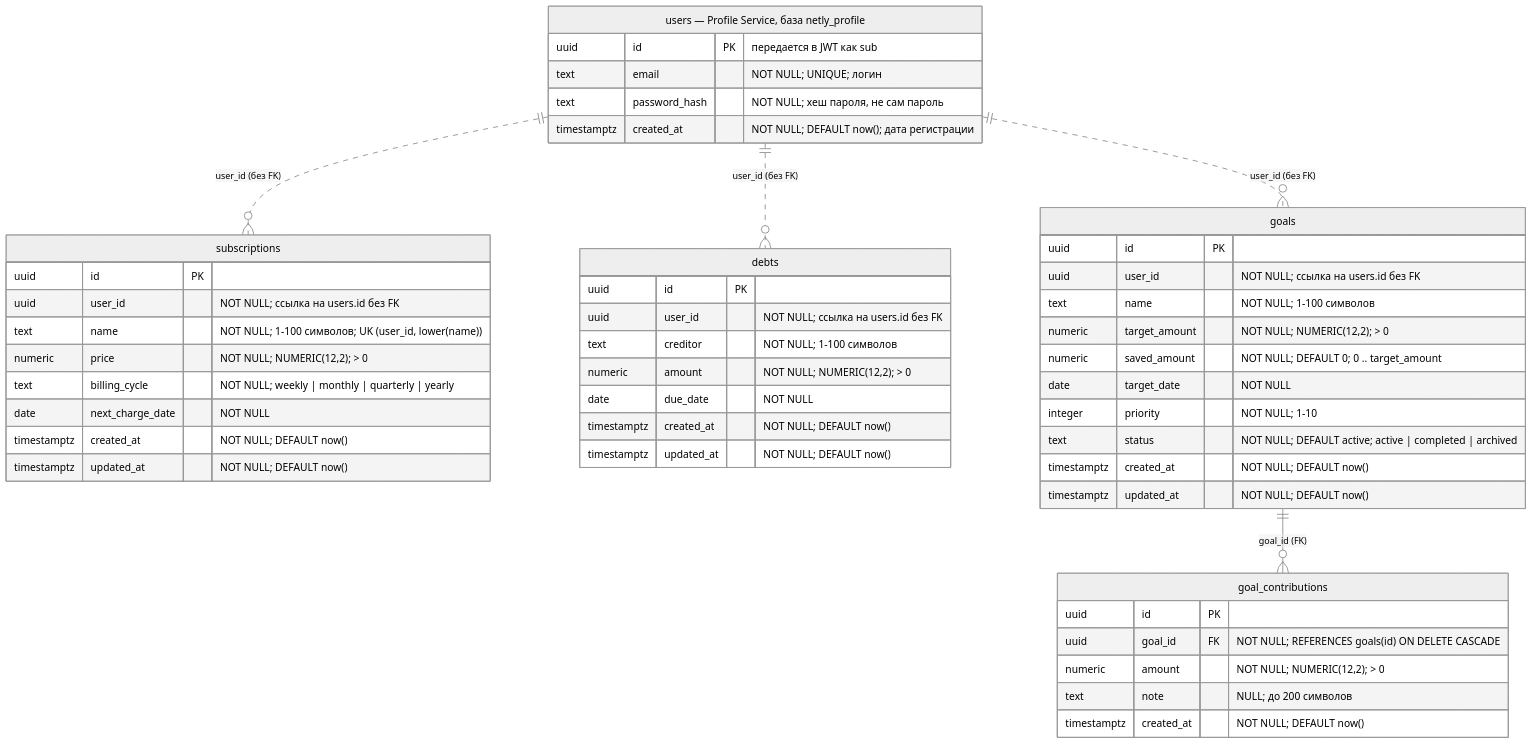
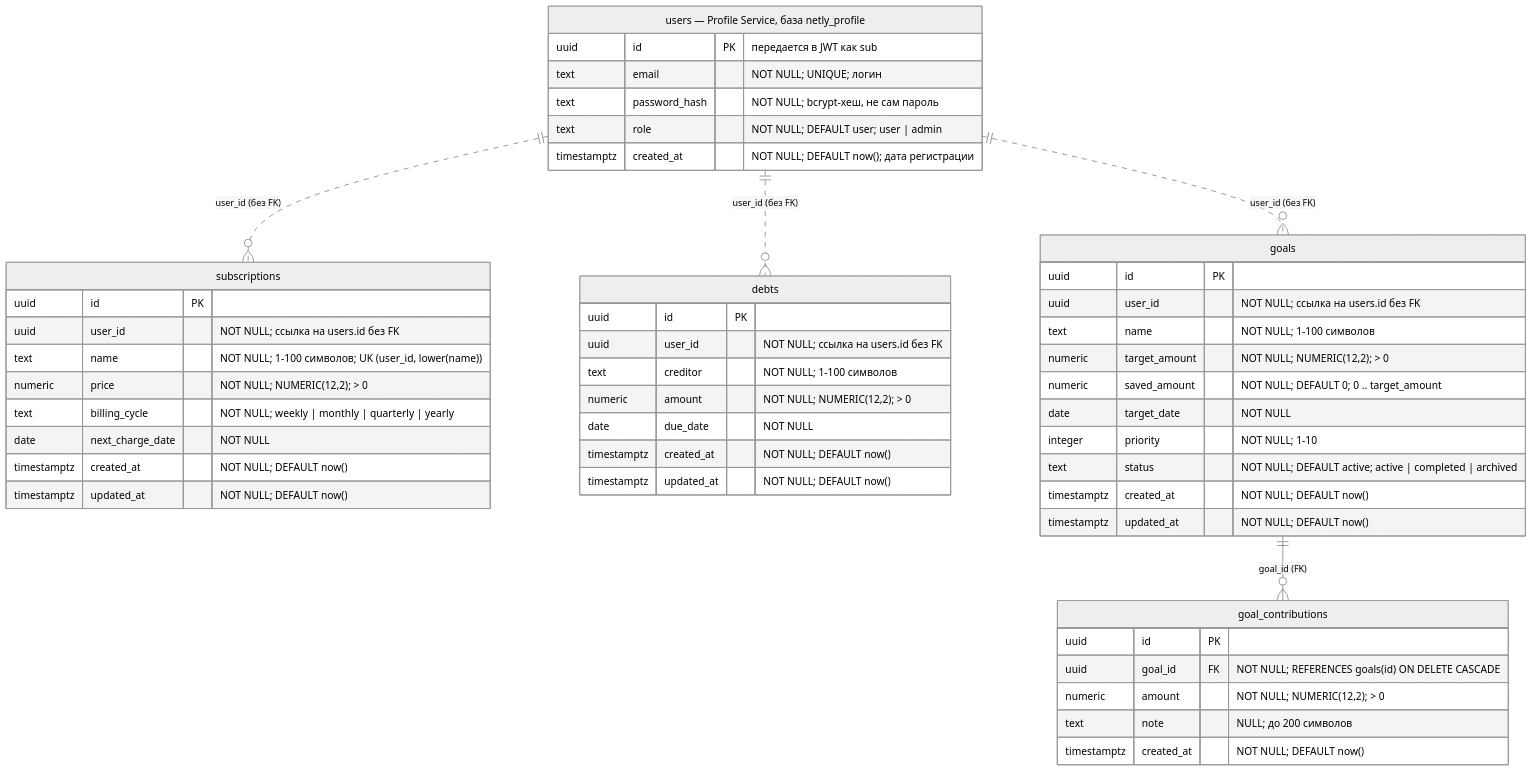
Before and after one commit to albtugel/Netly: the diagram in docs/database.md, drawn with Mermaid (neutral theme). The commit also changed other lines of this file and 4 other files, not shown here.

````diff
--- a/docs/database.md
+++ b/docs/database.md
@@ -11,56 +11,57 @@
 ```mermaid
 erDiagram
     users ||..o{ subscriptions : "user_id (без FK)"
     users ||..o{ debts : "user_id (без FK)"
     users ||..o{ goals : "user_id (без FK)"
     goals ||--o{ goal_contributions : "goal_id (FK)"
 
     users["users — Profile Service, база netly_profile"] {
         uuid id PK "передается в JWT как sub"
         text email "NOT NULL; UNIQUE; логин"
-        text password_hash "NOT NULL; хеш пароля, не сам пароль"
+        text password_hash "NOT NULL; bcrypt-хеш, не сам пароль"
+        text role "NOT NULL; DEFAULT user; user | admin"
         timestamptz created_at "NOT NULL; DEFAULT now(); дата регистрации"
     }
 
     subscriptions {
         uuid id PK
         uuid user_id "NOT NULL; ссылка на users.id без FK"
         text name "NOT NULL; 1-100 символов; UK (user_id, lower(name))"
         numeric price "NOT NULL; NUMERIC(12,2); > 0"
         text billing_cycle "NOT NULL; weekly | monthly | quarterly | yearly"
         date next_charge_date "NOT NULL"
         timestamptz created_at "NOT NULL; DEFAULT now()"
         timestamptz updated_at "NOT NULL; DEFAULT now()"
     }
 
     debts {
         uuid id PK
         uuid user_id "NOT NULL; ссылка на users.id без FK"
         text creditor "NOT NULL; 1-100 символов"
         numeric amount "NOT NULL; NUMERIC(12,2); > 0"
         date due_date "NOT NULL"
         timestamptz created_at "NOT NULL; DEFAULT now()"
         timestamptz updated_at "NOT NULL; DEFAULT now()"
     }
 
     goals {
         uuid id PK
         uuid user_id "NOT NULL; ссылка на users.id без FK"
         text name "NOT NULL; 1-100 символов"
         numeric target_amount "NOT NULL; NUMERIC(12,2); > 0"
         numeric saved_amount "NOT NULL; DEFAULT 0; 0 .. target_amount"
         date target_date "NOT NULL"
         integer priority "NOT NULL; 1-10"
         text status "NOT NULL; DEFAULT active; active | completed | archived"
         timestamptz created_at "NOT NULL; DEFAULT now()"
         timestamptz updated_at "NOT NULL; DEFAULT now()"
     }
 
     goal_contributions {
         uuid id PK
         uuid goal_id FK "NOT NULL; REFERENCES goals(id) ON DELETE CASCADE"
         numeric amount "NOT NULL; NUMERIC(12,2); > 0"
         text note "NULL; до 200 символов"
         timestamptz created_at "NOT NULL; DEFAULT now()"
     }
 ```
````
